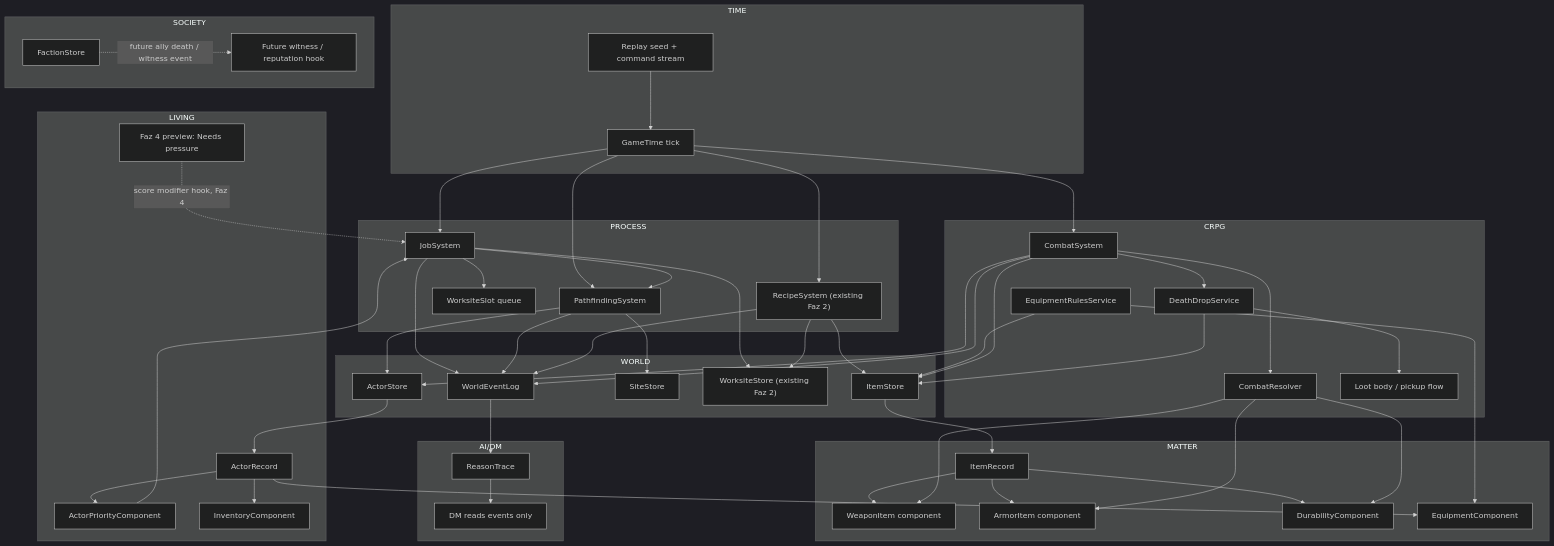
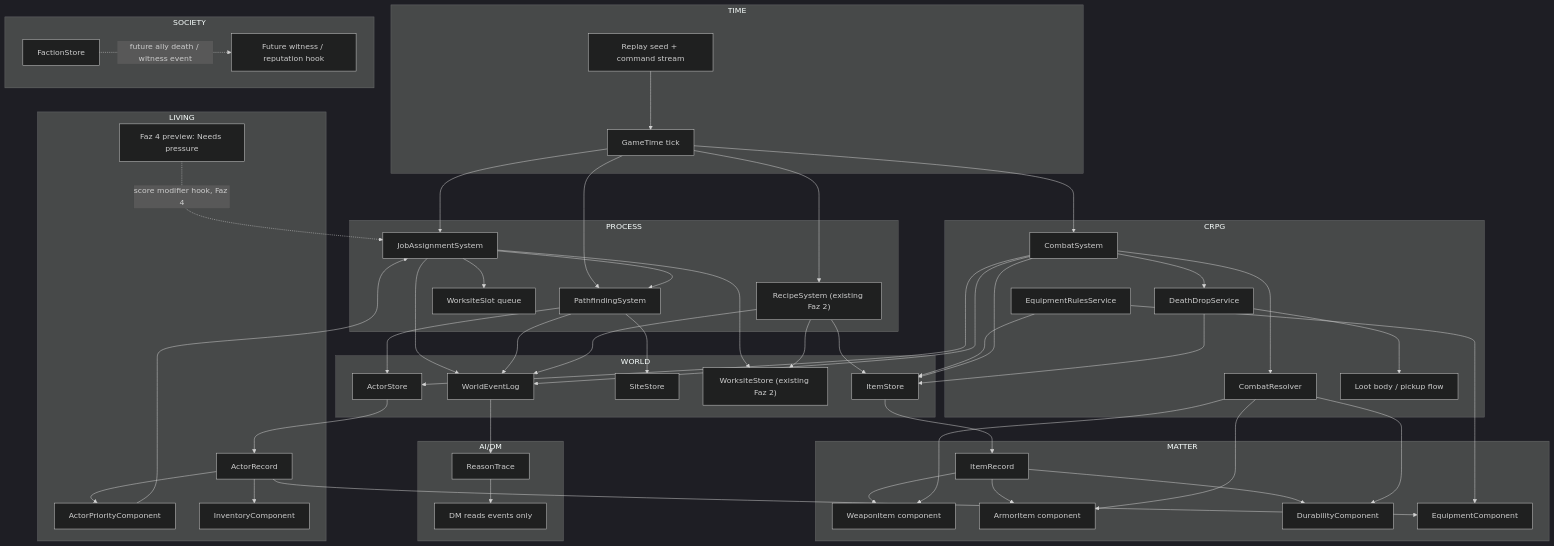
The first of 3 diagrams in docs/mechanics/faz-7-combat-equipment.md (msbel5/alcyone-ember-rpg), drawn with Mermaid (dark theme) before and after one commit. The commit also changed other lines of this file and 10 other files, not shown here.

```diff
--- a/docs/mechanics/faz-7-combat-equipment.md
+++ b/docs/mechanics/faz-7-combat-equipment.md
@@ -31,7 +35,7 @@
     end
 
     subgraph PROCESS["PROCESS"]
-        JobSystem["JobSystem"]
+        JobAssignmentSystem["JobAssignmentSystem"]
         PathfindingSystem["PathfindingSystem"]
         RecipeSystem["RecipeSystem (existing Faz 2)"]
         WorksiteSlot["WorksiteSlot queue"]
@@ -55,7 +59,7 @@
         DmNarration["DM reads events only"]
     end
 
-    Tick --> JobSystem
+    Tick --> JobAssignmentSystem
     Tick --> PathfindingSystem
     Tick --> RecipeSystem
     Tick --> CombatSystem
@@ -81,11 +85,11 @@
     CombatResolver --> ArmorItem
     CombatResolver --> Durability
 
-    Priority --> JobSystem
-    NeedsPreview -. "score modifier hook, Faz 4" .-> JobSystem
-    JobSystem --> WorksiteStore
-    JobSystem --> WorksiteSlot
-    JobSystem --> PathfindingSystem
+    Priority --> JobAssignmentSystem
+    NeedsPreview -. "score modifier hook, Faz 4" .-> JobAssignmentSystem
+    JobAssignmentSystem --> WorksiteStore
+    JobAssignmentSystem --> WorksiteSlot
+    JobAssignmentSystem --> PathfindingSystem
     PathfindingSystem --> SiteStore
     PathfindingSystem --> ActorStore
     RecipeSystem --> WorksiteStore
@@ -95,7 +99,7 @@
     DeathDrop --> LootFlow
     FactionStore -. "future ally death / witness event" .-> WitnessHook
 
-    JobSystem --> WorldEventLog
+    JobAssignmentSystem --> WorldEventLog
     PathfindingSystem --> WorldEventLog
     RecipeSystem --> WorldEventLog
     CombatSystem --> WorldEventLog
```
